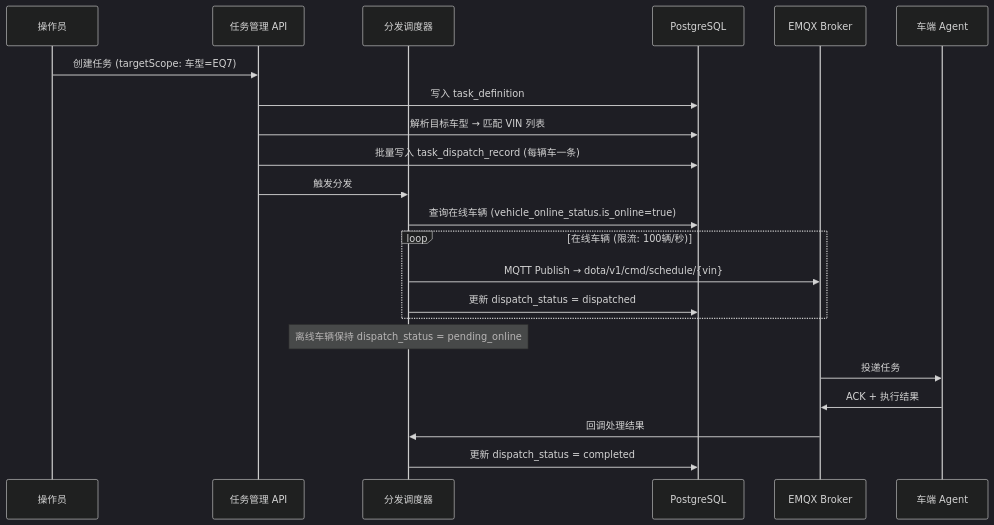
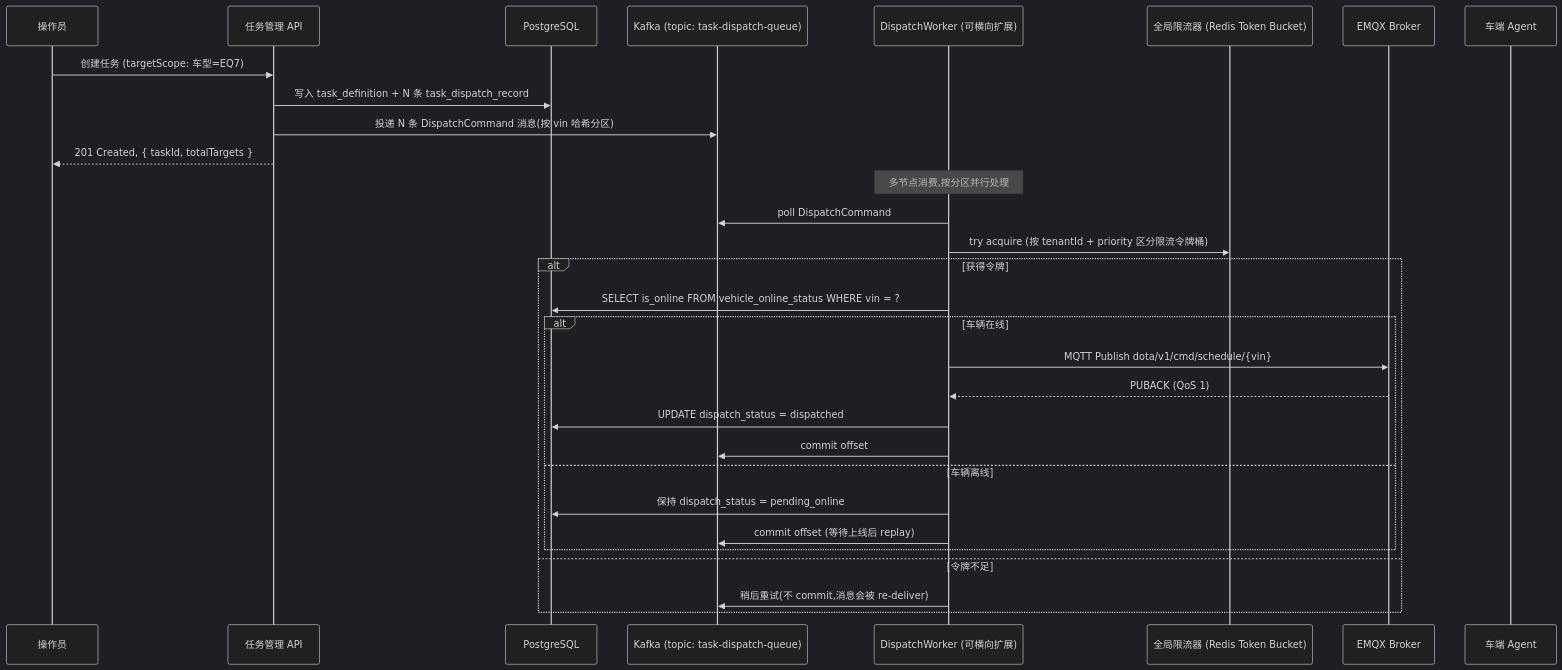
One commit to YuMinami/OpenDOTA changed the fifth of 9 diagrams in doc/opendota_tech_architecture.md. Above: the diagram before and after it, drawn with Mermaid (dark theme). The commit also changed other lines of this file and 4 other files, not shown here.

First line of the commit message:
feat: Enhance OpenDOTA SQL initialization script for enterprise-level security and multi-tenant support

````diff
--- a/doc/opendota_tech_architecture.md
+++ b/doc/opendota_tech_architecture.md
@@ -382,29 +421,35 @@
 ```mermaid
 sequenceDiagram
     participant OP as 操作员
     participant API as 任务管理 API
-    participant DISP as 分发调度器
     participant PG as PostgreSQL
+    participant KAFKA as Kafka (topic: task-dispatch-queue)
+    participant DISP as DispatchWorker (可横向扩展)
+    participant LIMIT as 全局限流器 (Redis Token Bucket)
     participant EMQX as EMQX Broker
     participant VEHICLE as 车端 Agent
 
     OP->>API: 创建任务 (targetScope: 车型=EQ7)
-    API->>PG: 写入 task_definition
-    API->>PG: 解析目标车型 → 匹配 VIN 列表
-    API->>PG: 批量写入 task_dispatch_record (每辆车一条)
+    API->>PG: 写入 task_definition + N 条 task_dispatch_record
+    API->>KAFKA: 投递 N 条 DispatchCommand 消息(按 vin 哈希分区)
+    API-->>OP: 201 Created, { taskId, totalTargets }
 
-    API->>DISP: 触发分发
-    DISP->>PG: 查询在线车辆 (vehicle_online_status.is_online=true)
+    Note over DISP: 多节点消费,按分区并行处理
+    DISP->>KAFKA: poll DispatchCommand
+    DISP->>LIMIT: try acquire (按 tenantId + priority 区分限流令牌桶)
 
-    loop 在线车辆 (限流: 100辆/秒)
-        DISP->>EMQX: MQTT Publish → dota/v1/cmd/schedule/{vin}
-        DISP->>PG: 更新 dispatch_status = dispatched
+    alt 获得令牌
+        DISP->>PG: SELECT is_online FROM vehicle_online_status WHERE vin = ?
+        alt 车辆在线
+            DISP->>EMQX: MQTT Publish dota/v1/cmd/schedule/{vin}
+            EMQX-->>DISP: PUBACK (QoS 1)
+            DISP->>PG: UPDATE dispatch_status = dispatched
+            DISP->>KAFKA: commit offset
+        else 车辆离线
+            DISP->>PG: 保持 dispatch_status = pending_online
+            DISP->>KAFKA: commit offset (等待上线后 replay)
+        end
+    else 令牌不足
+        DISP->>KAFKA: 稍后重试(不 commit,消息会被 re-deliver)
     end
-
-    Note over DISP: 离线车辆保持 dispatch_status = pending_online
-
-    EMQX->>VEHICLE: 投递任务
-    VEHICLE->>EMQX: ACK + 执行结果
-    EMQX->>DISP: 回调处理结果
-    DISP->>PG: 更新 dispatch_status = completed
 ```
````
